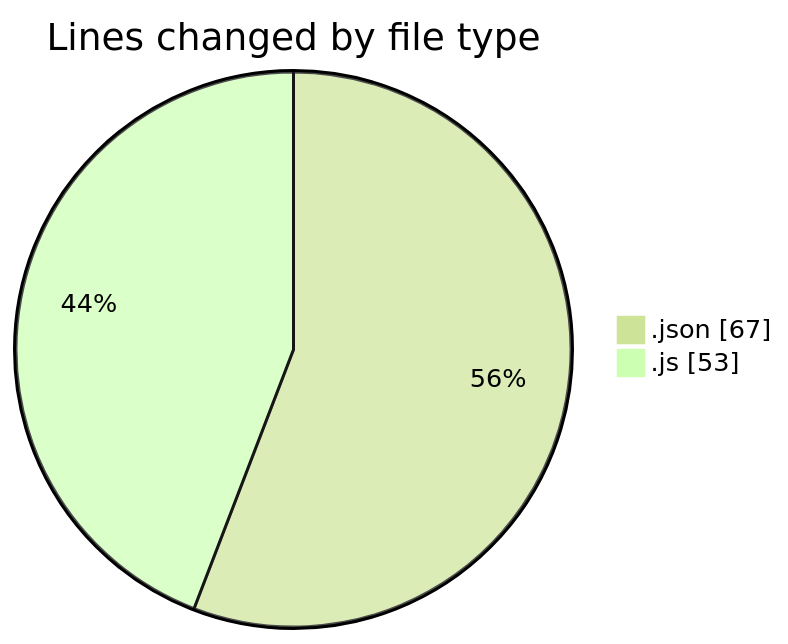
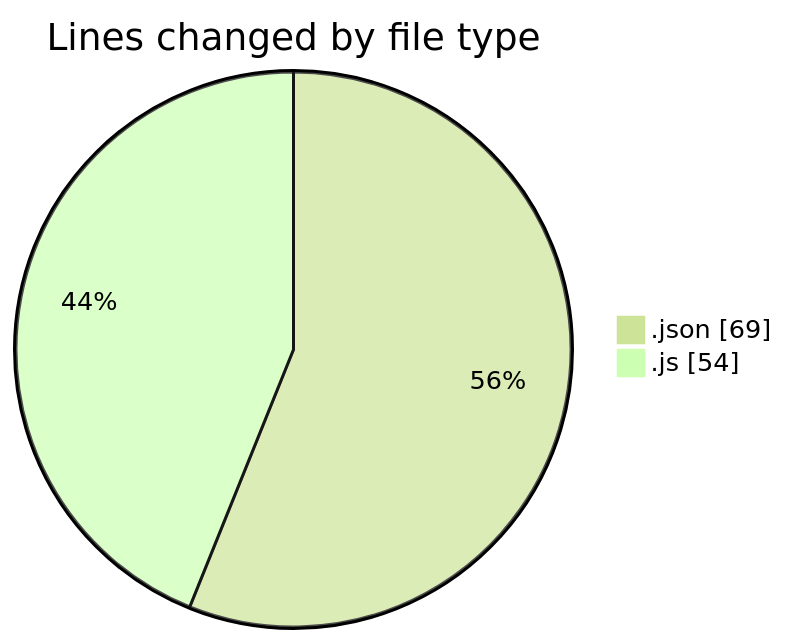
Before and after one commit to yexinjia/code-tracking: the first of 2 diagrams in 2026-07-31/mono-test/README.md, drawn with Mermaid (forest theme). The commit also changed other lines of this file and 1 other file, not shown here.

````diff
--- a/2026-07-31/mono-test/README.md
+++ b/2026-07-31/mono-test/README.md
@@ -21,6 +21,6 @@
 ```mermaid
 pie showData
 title Lines changed by file type
-".json" : 67
-".js" : 53
+".json" : 69
+".js" : 54
 ```
````
